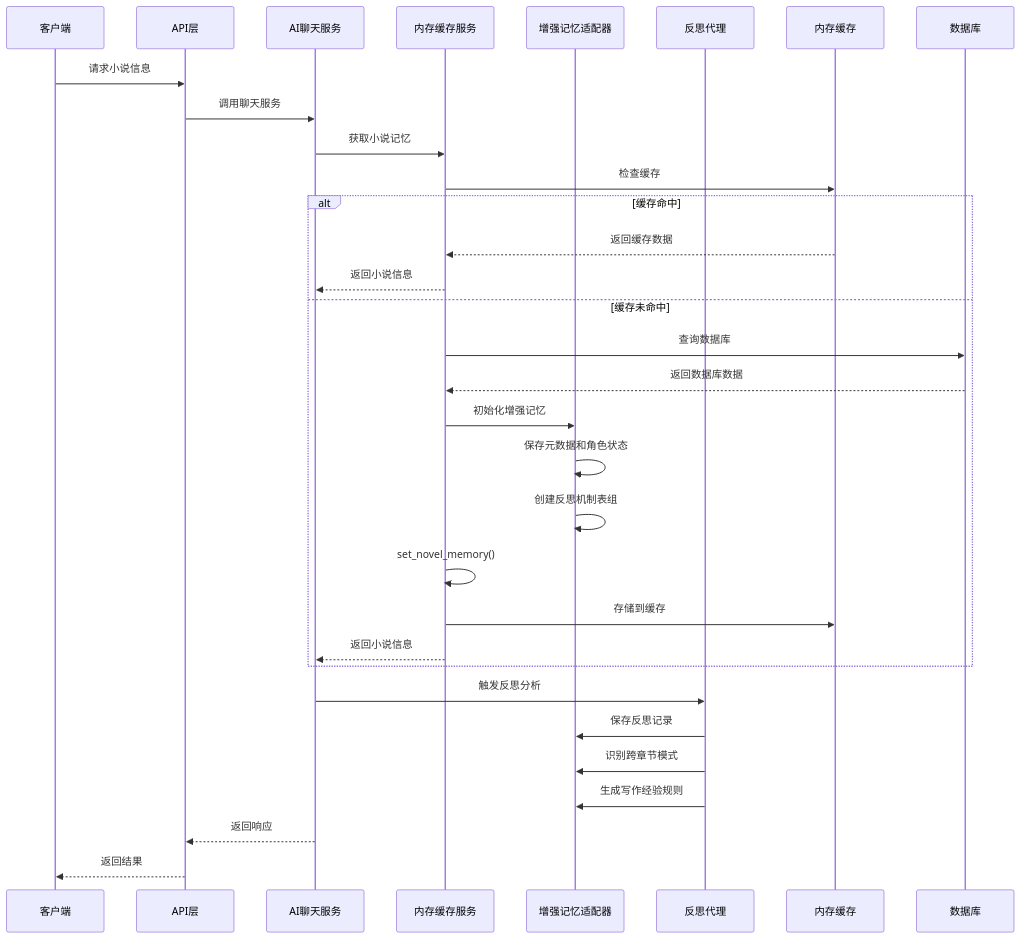
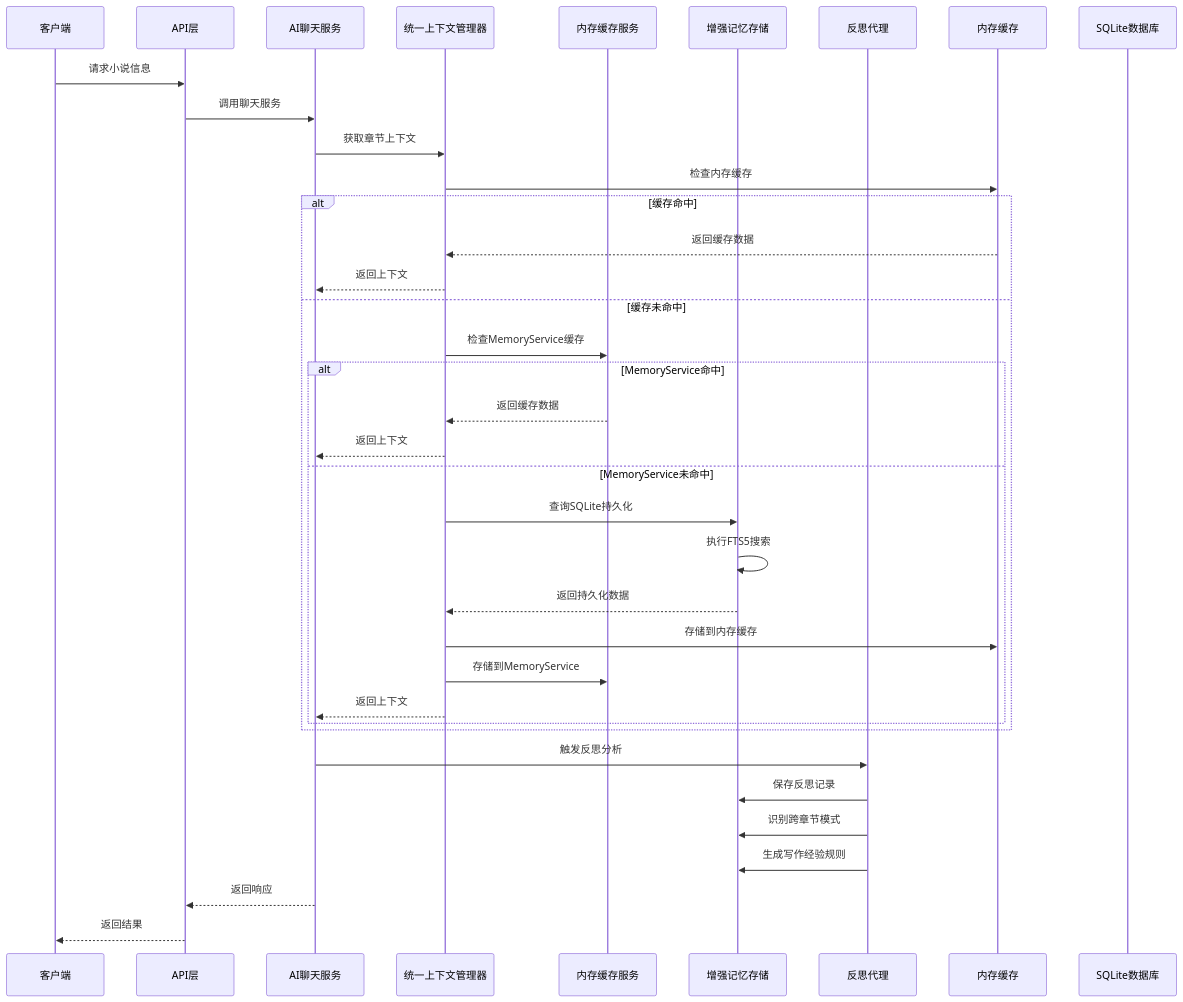
One commit to xfbyxq/ai-novel-system changed the second of 10 diagrams in .qoder/repowiki/zh/content/Memory Service.md. Above: the diagram before and after it, drawn with Mermaid. The commit also changed other lines of this file and 2 other files, not shown here.

````diff
--- a/.qoder/repowiki/zh/content/Memory Service.md
+++ b/.qoder/repowiki/zh/content/Memory Service.md
@@ -129,34 +134,39 @@
 ```mermaid
 sequenceDiagram
 participant Client as 客户端
 participant API as API层
 participant ChatService as AI聊天服务
+participant ContextManager as 统一上下文管理器
 participant MemoryService as 内存缓存服务
-participant PersistentAdapter as 增强记忆适配器
+participant PersistentStorage as 增强记忆存储
 participant ReflectionAgent as 反思代理
 participant Cache as 内存缓存
-participant DB as 数据库
+participant DB as SQLite数据库
 Client->>API : 请求小说信息
 API->>ChatService : 调用聊天服务
-ChatService->>MemoryService : 获取小说记忆
-MemoryService->>Cache : 检查缓存
+ChatService->>ContextManager : 获取章节上下文
+ContextManager->>Cache : 检查内存缓存
 alt 缓存命中
-Cache-->>MemoryService : 返回缓存数据
-MemoryService-->>ChatService : 返回小说信息
+Cache-->>ContextManager : 返回缓存数据
+ContextManager-->>ChatService : 返回上下文
 else 缓存未命中
-MemoryService->>DB : 查询数据库
-DB-->>MemoryService : 返回数据库数据
-MemoryService->>PersistentAdapter : 初始化增强记忆
-PersistentAdapter->>PersistentAdapter : 保存元数据和角色状态
-PersistentAdapter->>PersistentAdapter : 创建反思机制表组
-MemoryService->>MemoryService : set_novel_memory()
-MemoryService->>Cache : 存储到缓存
-MemoryService-->>ChatService : 返回小说信息
+ContextManager->>MemoryService : 检查MemoryService缓存
+alt MemoryService命中
+MemoryService-->>ContextManager : 返回缓存数据
+ContextManager-->>ChatService : 返回上下文
+else MemoryService未命中
+ContextManager->>PersistentStorage : 查询SQLite持久化
+PersistentStorage->>PersistentStorage : 执行FTS5搜索
+PersistentStorage-->>ContextManager : 返回持久化数据
+ContextManager->>Cache : 存储到内存缓存
+ContextManager->>MemoryService : 存储到MemoryService
+ContextManager-->>ChatService : 返回上下文
+end
 end
 ChatService->>ReflectionAgent : 触发反思分析
-ReflectionAgent->>PersistentAdapter : 保存反思记录
-ReflectionAgent->>PersistentAdapter : 识别跨章节模式
-ReflectionAgent->>PersistentAdapter : 生成写作经验规则
+ReflectionAgent->>PersistentStorage : 保存反思记录
+ReflectionAgent->>PersistentStorage : 识别跨章节模式
+ReflectionAgent->>PersistentStorage : 生成写作经验规则
 ChatService-->>API : 返回响应
 API-->>Client : 返回结果
 ```
````
